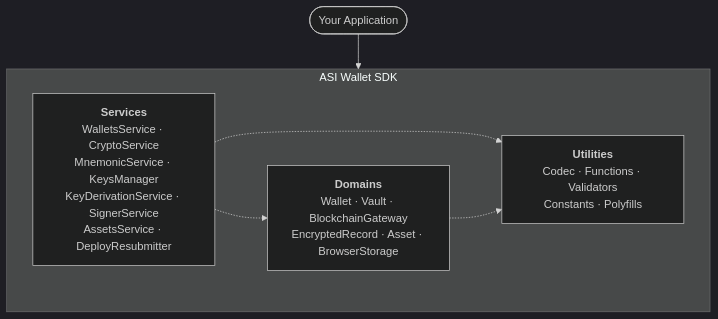
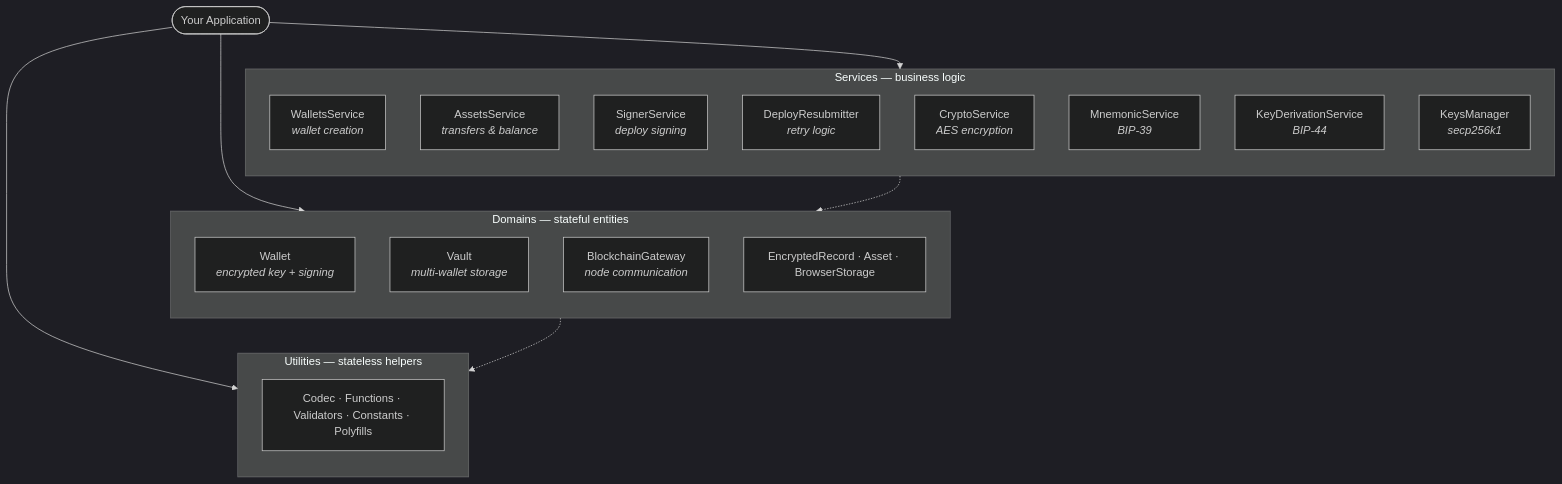
One commit to asi-alliance/asi-chain-docs-portal changed the fifth of 5 diagrams in wallet-sdk/overview/index.md. Above: the diagram before and after it, drawn with Mermaid (dark theme). The commit also changed other lines of this file, not shown here.

Commit message:
[AS-571] Improve Module Architecture diagram variations

````diff
--- a/wallet-sdk/overview/index.md
+++ b/wallet-sdk/overview/index.md
@@ -148,14 +203,33 @@
 ```mermaid
 flowchart TB
-    A(["Your Application"]) --> SDK
+    A(["Your Application"])
 
-    subgraph SDK["ASI Wallet SDK"]
-        S["<b>Services</b><br/>WalletsService · CryptoService<br/>MnemonicService · KeysManager<br/>KeyDerivationService · SignerService<br/>AssetsService · DeployResubmitter"]
-        D["<b>Domains</b><br/>Wallet · Vault · BlockchainGateway<br/>EncryptedRecord · Asset · BrowserStorage"]
-        U["<b>Utilities</b><br/>Codec · Functions · Validators<br/>Constants · Polyfills"]
+    A --> S & D & U
+
+    subgraph S["Services — business logic"]
+        direction TB
+        s1["WalletsService<br/><i>wallet creation</i>"]
+        s2["AssetsService<br/><i>transfers &amp; balance</i>"]
+        s3["SignerService<br/><i>deploy signing</i>"]
+        s4["DeployResubmitter<br/><i>retry logic</i>"]
+        s5["CryptoService<br/><i>AES encryption</i>"]
+        s6["MnemonicService<br/><i>BIP-39</i>"]
+        s7["KeyDerivationService<br/><i>BIP-44</i>"]
+        s8["KeysManager<br/><i>secp256k1</i>"]
     end
 
-    S -.-> D
-    S -.-> U
-    D -.-> U
+    subgraph D["Domains — stateful entities"]
+        direction TB
+        d1["Wallet<br/><i>encrypted key + signing</i>"]
+        d2["Vault<br/><i>multi-wallet storage</i>"]
+        d3["BlockchainGateway<br/><i>node communication</i>"]
+        d4["EncryptedRecord · Asset · BrowserStorage"]
+    end
+
+    subgraph U["Utilities — stateless helpers"]
+        direction TB
+        u1["Codec · Functions · Validators · Constants · Polyfills"]
+    end
+
+    S -.-> D -.-> U
 ```
````
